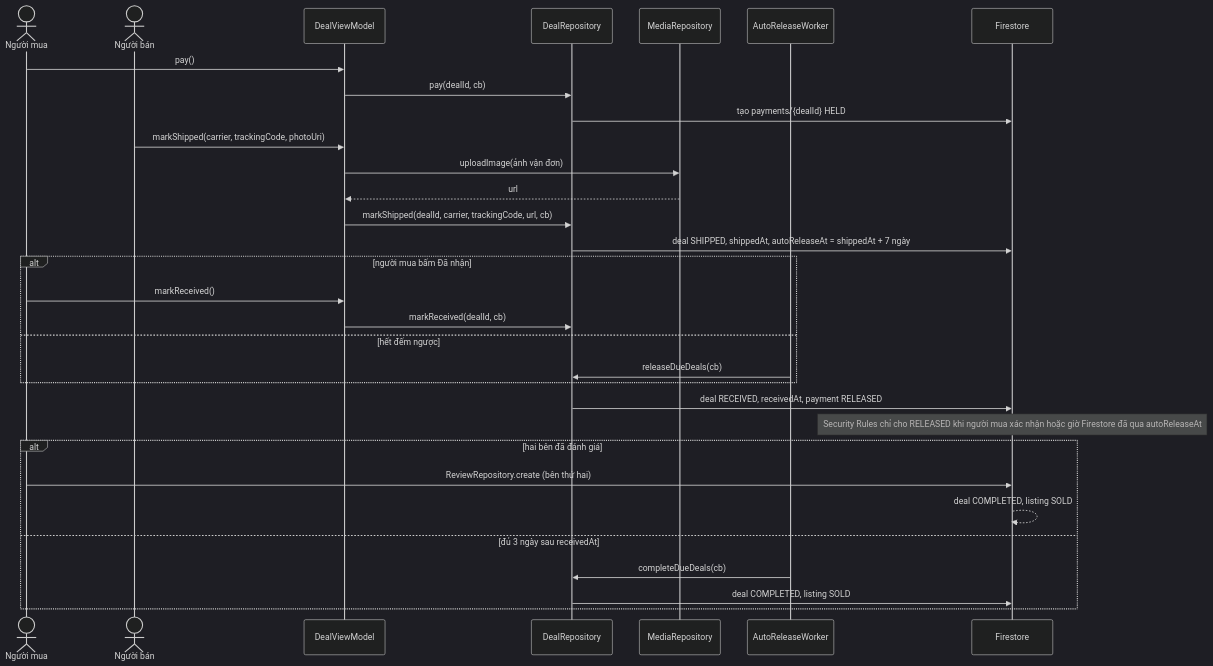
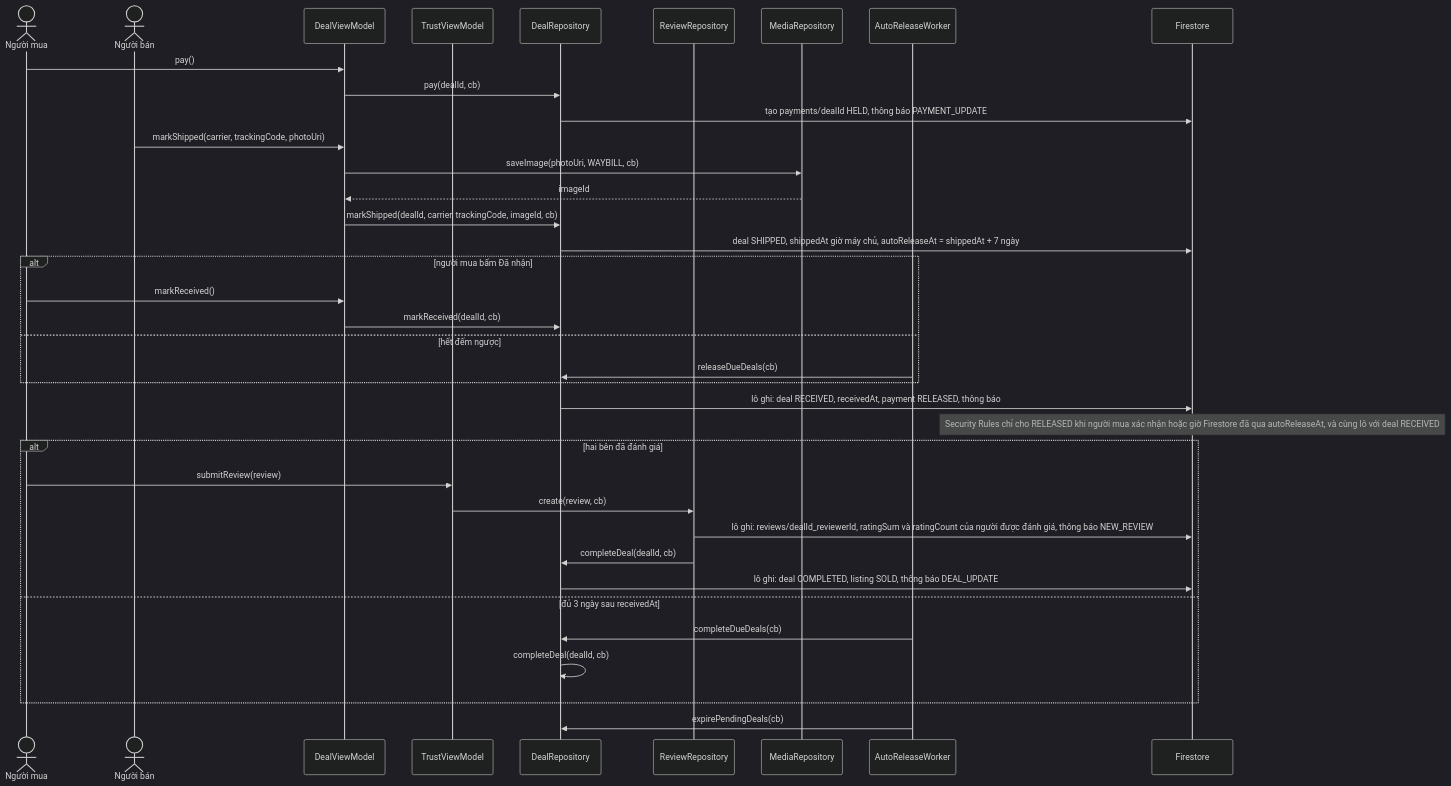
The fifth of 7 diagrams in workflow/docs/architecture/luong-xu-ly.md (tahpnart8/NHOM3-MobileApp), drawn with Mermaid (dark theme) before and after one commit. The commit also changed other lines of this file and 116 other files, not shown here.

````diff
--- a/workflow/docs/architecture/luong-xu-ly.md
+++ b/workflow/docs/architecture/luong-xu-ly.md
@@ -146,33 +171,39 @@
 ```mermaid
 sequenceDiagram
     actor B as Người mua
     actor S as Người bán
     participant DVM as DealViewModel
+    participant TVM as TrustViewModel
     participant DR as DealRepository
+    participant RR as ReviewRepository
     participant MR as MediaRepository
     participant W as AutoReleaseWorker
     participant FS as Firestore
     B->>DVM: pay()
     DVM->>DR: pay(dealId, cb)
-    DR->>FS: tạo payments/{dealId} HELD
+    DR->>FS: tạo payments/dealId HELD, thông báo PAYMENT_UPDATE
     S->>DVM: markShipped(carrier, trackingCode, photoUri)
-    DVM->>MR: uploadImage(ảnh vận đơn)
-    MR-->>DVM: url
-    DVM->>DR: markShipped(dealId, carrier, trackingCode, url, cb)
-    DR->>FS: deal SHIPPED, shippedAt, autoReleaseAt = shippedAt + 7 ngày
+    DVM->>MR: saveImage(photoUri, WAYBILL, cb)
+    MR-->>DVM: imageId
+    DVM->>DR: markShipped(dealId, carrier, trackingCode, imageId, cb)
+    DR->>FS: deal SHIPPED, shippedAt giờ máy chủ, autoReleaseAt = shippedAt + 7 ngày
     alt người mua bấm Đã nhận
         B->>DVM: markReceived()
         DVM->>DR: markReceived(dealId, cb)
     else hết đếm ngược
         W->>DR: releaseDueDeals(cb)
     end
-    DR->>FS: deal RECEIVED, receivedAt, payment RELEASED
-    Note over FS: Security Rules chỉ cho RELEASED khi người mua xác nhận hoặc giờ Firestore đã qua autoReleaseAt
+    DR->>FS: lô ghi: deal RECEIVED, receivedAt, payment RELEASED, thông báo
+    Note over FS: Security Rules chỉ cho RELEASED khi người mua xác nhận hoặc giờ Firestore đã qua autoReleaseAt, và cùng lô với deal RECEIVED
     alt hai bên đã đánh giá
-        B->>FS: ReviewRepository.create (bên thứ hai)
-        FS-->>FS: deal COMPLETED, listing SOLD
+        B->>TVM: submitReview(review)
+        TVM->>RR: create(review, cb)
+        RR->>FS: lô ghi: reviews/dealId_reviewerId, ratingSum và ratingCount của người được đánh giá, thông báo NEW_REVIEW
+        RR->>DR: completeDeal(dealId, cb)
+        DR->>FS: lô ghi: deal COMPLETED, listing SOLD, thông báo DEAL_UPDATE
     else đủ 3 ngày sau receivedAt
         W->>DR: completeDueDeals(cb)
-        DR->>FS: deal COMPLETED, listing SOLD
+        DR->>DR: completeDeal(dealId, cb)
     end
+    W->>DR: expirePendingDeals(cb)
 ```
````
